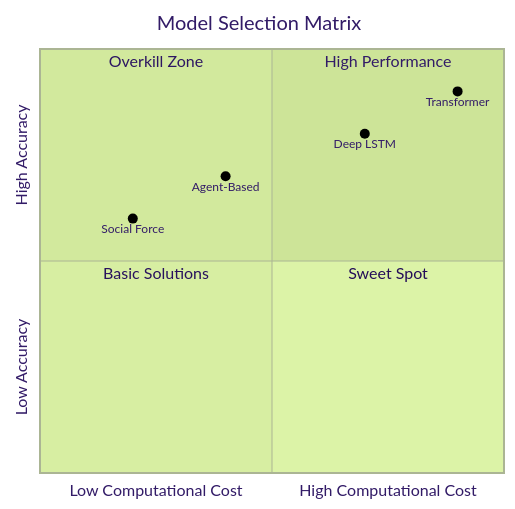
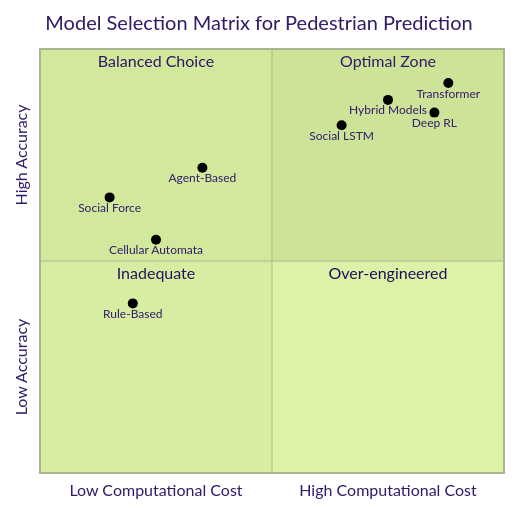
Before and after one commit to ju-baer/PedSim4AV: the fourth of 8 diagrams in docs/gaps_analysis.md, drawn with Mermaid (forest theme). The commit also changed other lines of this file, not shown here.

````diff
--- a/docs/gaps_analysis.md
+++ b/docs/gaps_analysis.md
@@ -1026,15 +1025,19 @@
 ```mermaid
 quadrantChart
-    title Model Selection Matrix
+    title Model Selection Matrix for Pedestrian Prediction
     x-axis "Low Computational Cost" --> "High Computational Cost"
     y-axis "Low Accuracy" --> "High Accuracy"
-    quadrant-1 "High Performance"
-    quadrant-2 "Overkill Zone"
-    quadrant-3 "Basic Solutions"
-    quadrant-4 "Sweet Spot"
+    quadrant-1 Optimal Zone
+    quadrant-2 Balanced Choice
+    quadrant-3 Inadequate
+    quadrant-4 Over-engineered
     
-    Social Force: [0.2, 0.6]
-    Agent-Based: [0.4, 0.7]
-    Deep LSTM: [0.7, 0.8]
-    Transformer: [0.9, 0.9]
+    "Social Force": [0.15, 0.65]
+    "Cellular Automata": [0.25, 0.55]
+    "Agent-Based": [0.35, 0.72]
+    "Rule-Based": [0.20, 0.40]
+    "Social LSTM": [0.65, 0.82]
+    "Transformer": [0.88, 0.92]
+    "Deep RL": [0.85, 0.85]
+    "Hybrid Models": [0.75, 0.88]
 ```
````
